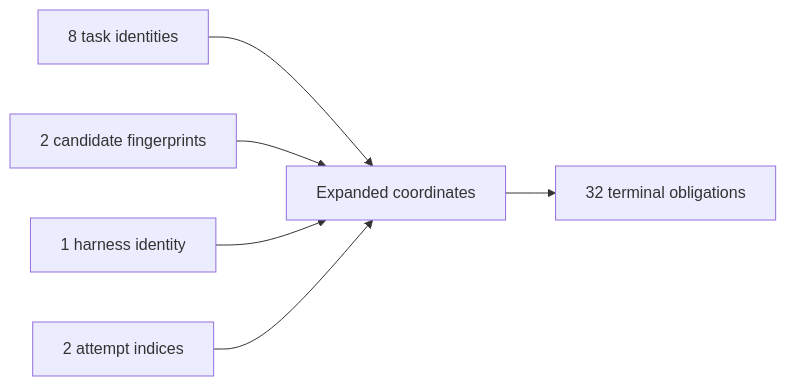
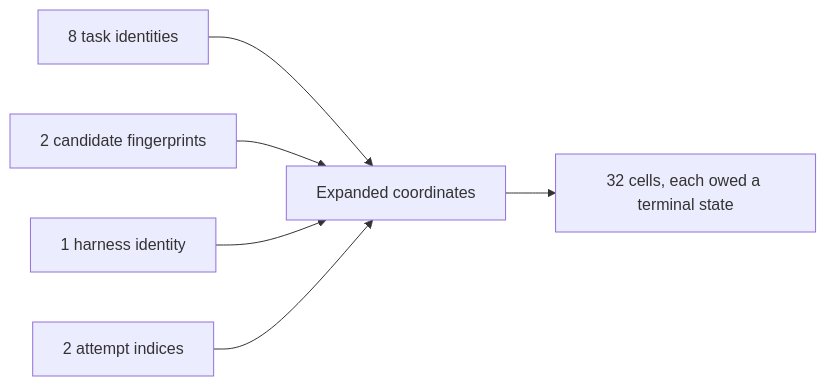
The second of 3 diagrams in docs/articles/fugue-agentic-software-factory/fugue-1-from-vibes-to-studies/article.md (ash0ts/fugue), drawn with Mermaid before and after one commit. The commit also changed other lines of this file and 98 other files, not shown here.

````diff
--- a/docs/articles/fugue-agentic-software-factory/fugue-1-from-vibes-to-studies/article.md
+++ b/docs/articles/fugue-agentic-software-factory/fugue-1-from-vibes-to-studies/article.md
@@ -184,8 +172,8 @@
 ```mermaid
 flowchart LR
     T["8 task identities"] --> M["Expanded coordinates"]
     C["2 candidate fingerprints"] --> M
     H["1 harness identity"] --> M
     A["2 attempt indices"] --> M
-    M --> L["32 terminal obligations"]
+    M --> L["32 cells, each owed a terminal state"]
 ```
````
